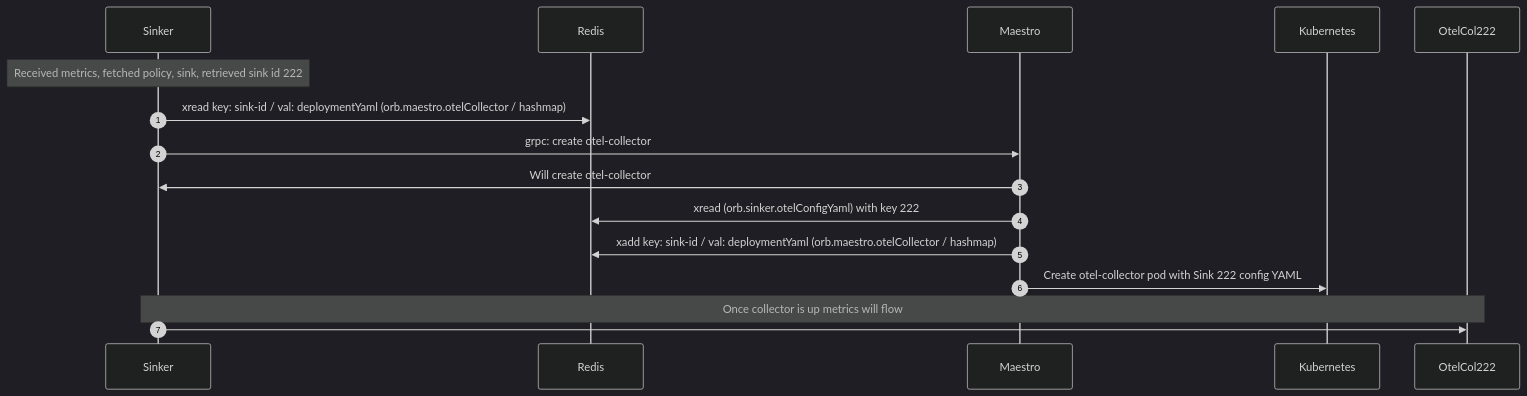
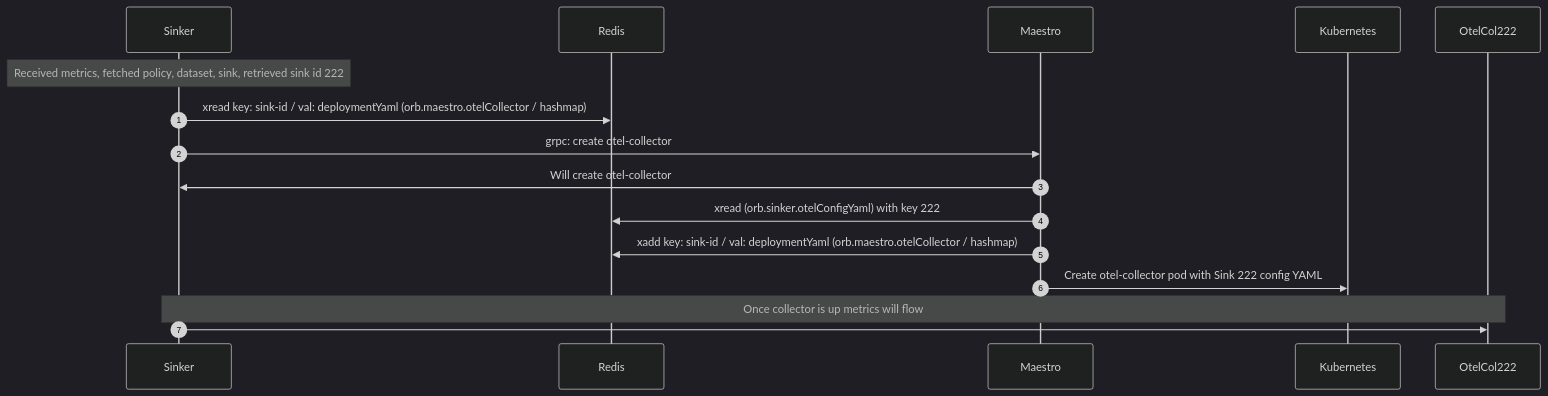
One commit to orb-community/orb changed the second of 2 diagrams in sinker/otel/CreateScenario.md. Above: the diagram before and after it, drawn with Mermaid (dark theme).

Commit message:
feat(otel): fix missing dataset.

````diff
--- a/sinker/otel/CreateScenario.md
+++ b/sinker/otel/CreateScenario.md
@@ -15,13 +15,13 @@
 ```mermaid
 sequenceDiagram
     autoNumber 1
-    Note over Sinker: Received metrics, fetched policy, sink, retrieved sink id 222
+    Note over Sinker: Received metrics, fetched policy, dataset, sink, retrieved sink id 222
     Sinker->>Redis: xread key: sink-id / val: deploymentYaml (orb.maestro.otelCollector / hashmap)
     Sinker->>Maestro: grpc: create otel-collector
     Maestro->>Sinker: Will create otel-collector
     Maestro->>Redis: xread (orb.sinker.otelConfigYaml) with key 222
     Maestro->>Redis: xadd key: sink-id / val: deploymentYaml (orb.maestro.otelCollector / hashmap)
     Maestro->>Kubernetes: Create otel-collector pod with Sink 222 config YAML
     Note over Sinker,OtelCol222: Once collector is up metrics will flow
     Sinker->>OtelCol222: 
 ```
````
